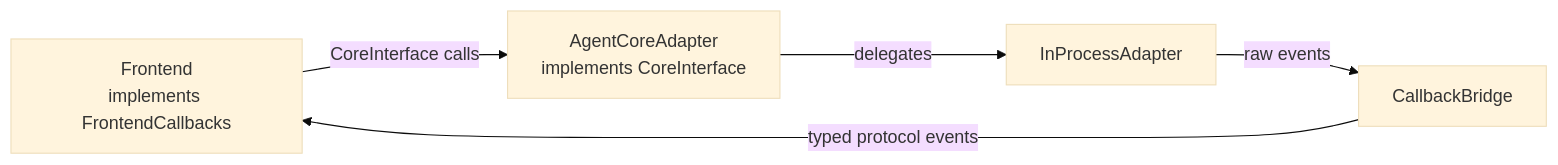
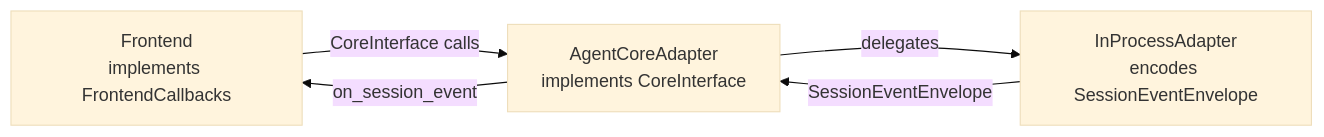
Before and after one commit to czh869452912/ccode-win7: the diagram in docs/modules/protocol-and-core.md, drawn with Mermaid (base theme). The commit also changed other lines of this file and 17 other files, not shown here.

Commit message:
docs: close phase 7c architecture convergence

````diff
--- a/docs/modules/protocol-and-core.md
+++ b/docs/modules/protocol-and-core.md
@@ -56,12 +56,11 @@
 ```mermaid
 flowchart LR
     Frontend["Frontend<br/>implements FrontendCallbacks"]
     Adapter["AgentCoreAdapter<br/>implements CoreInterface"]
-    Bridge["CallbackBridge"]
-    Engine["InProcessAdapter"]
+    Host["InProcessAdapter<br/>encodes SessionEventEnvelope"]
 
     Frontend -->|CoreInterface calls| Adapter
-    Adapter -->|delegates| Engine
-    Engine -->|raw events| Bridge
-    Bridge -->|typed protocol events| Frontend
+    Adapter -->|delegates| Host
+    Host -->|SessionEventEnvelope| Adapter
+    Adapter -->|on_session_event| Frontend
 ```
````
